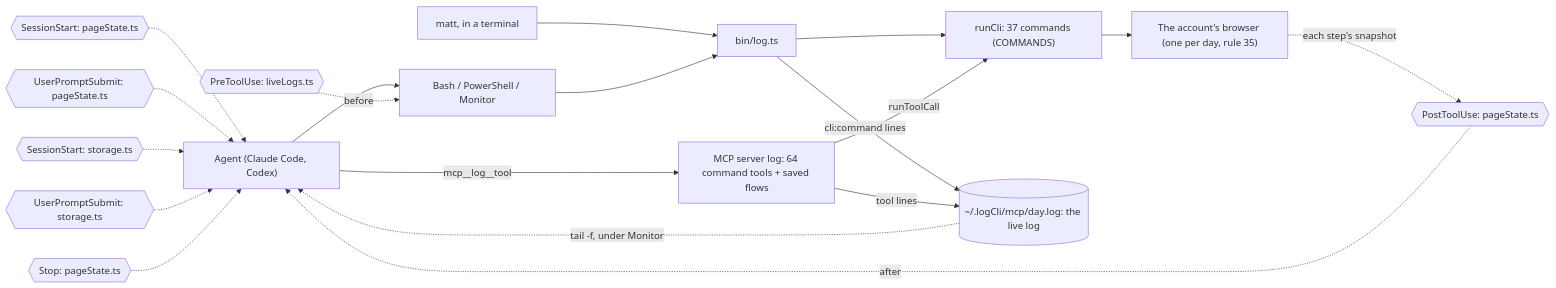
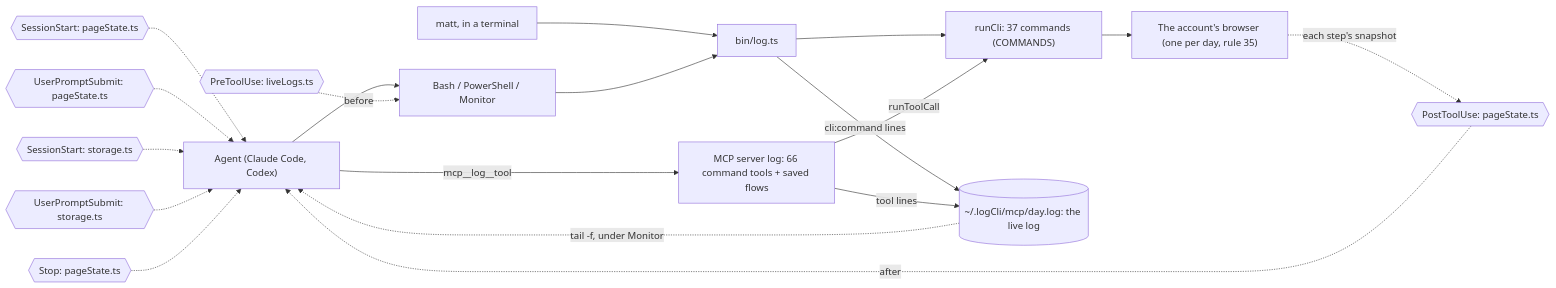
One commit to matthewdonsemail-lab/log changed the second of 5 diagrams in README.md. Above: the diagram before and after it, drawn with Mermaid. The commit also changed other lines of this file and 44 other files, not shown here.

Commit message:
feat: log facebook listing remove deletes a listing through its recorded flow and sets it REMOVED in Twenty

````diff
--- a/README.md
+++ b/README.md
@@ -128,29 +128,29 @@
 ```mermaid
 flowchart LR
   agent["Agent (Claude Code, Codex)"]
   matt["matt, in a terminal"]
   shell["Bash / PowerShell / Monitor"]
-  mcp["MCP server log: 64 command tools + saved flows"]
+  mcp["MCP server log: 66 command tools + saved flows"]
   bin["bin/log.ts"]
   runCli["runCli: 37 commands (COMMANDS)"]
   live[("~/.logCli/mcp/day.log: the live log")]
   browser["The account's browser (one per day, rule 35)"]
   agent --> shell
   matt --> bin
   shell --> bin
   agent -->|mcp__log__tool| mcp
   bin --> runCli
   mcp -->|runToolCall| runCli
   runCli --> browser
   bin -->|cli:command lines| live
   mcp -->|tool lines| live
   live -.->|tail -f, under Monitor| agent
   pre0{{"PreToolUse: liveLogs.ts"}} -.->|before| shell
   post0{{"PostToolUse: pageState.ts"}} -.->|after| agent
   turn0{{"SessionStart: pageState.ts"}} -.-> agent
   turn1{{"UserPromptSubmit: pageState.ts"}} -.-> agent
   turn2{{"SessionStart: storage.ts"}} -.-> agent
   turn3{{"UserPromptSubmit: storage.ts"}} -.-> agent
   turn4{{"Stop: pageState.ts"}} -.-> agent
   browser -.->|each step's snapshot| post0
 ```
````
